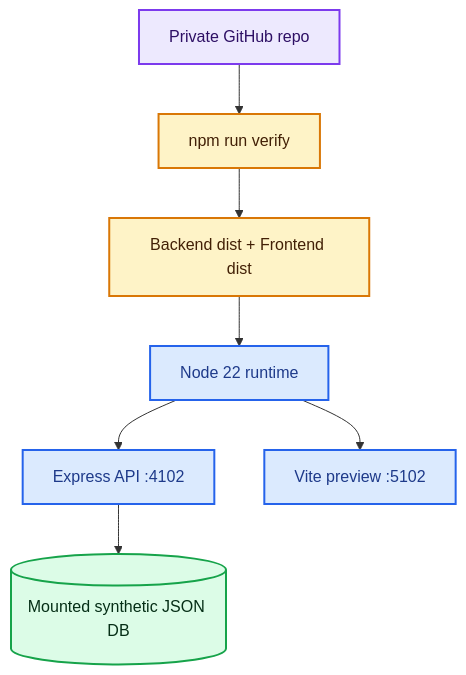
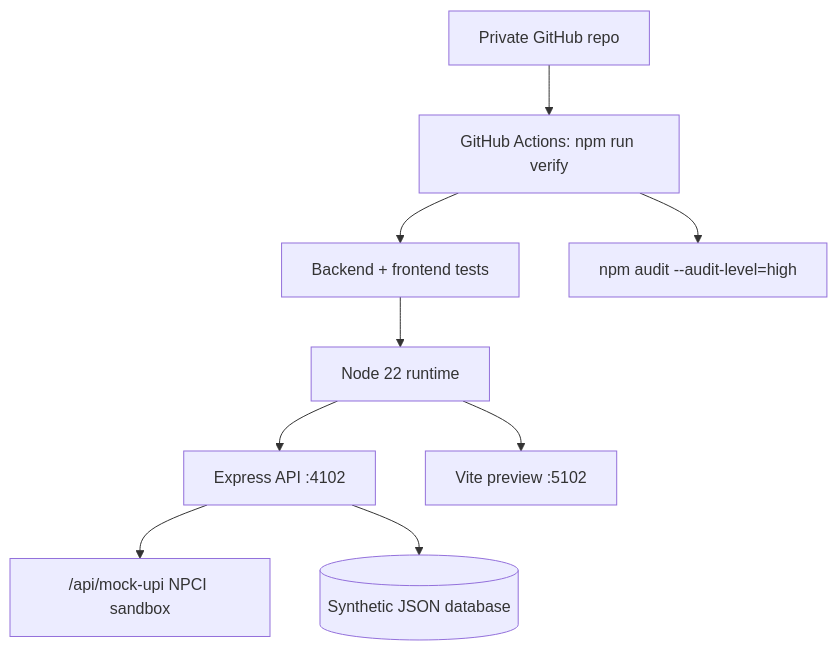
Before and after one commit to jprbom/bharat-upi-interdict: the third of 3 diagrams in docs/DIAGRAMS.md, drawn with Mermaid. The commit also changed other lines of this file and 15 other files, not shown here.

Commit message:
feat: wire working demo flows and mock UPI rail

```diff
--- a/docs/DIAGRAMS.md
+++ b/docs/DIAGRAMS.md
@@ -76,14 +50,11 @@
 ~~~mermaid
 flowchart TB
-  Repo["Private GitHub repo"]:::repo --> CI["npm run verify"]:::ci
-  CI --> Build["Backend dist + Frontend dist"]:::ci
-  Build --> Runtime["Node 22 runtime"]:::runtime
-  Runtime --> Backend["Express API :4102"]:::runtime
-  Runtime --> Frontend["Vite preview :5102"]:::runtime
-  Backend --> DB[("Mounted synthetic JSON DB")]:::data
-
-  classDef repo fill:#ede9fe,stroke:#7c3aed,stroke-width:2px,color:#2e1065
-  classDef ci fill:#fef3c7,stroke:#d97706,stroke-width:2px,color:#422006
-  classDef runtime fill:#dbeafe,stroke:#2563eb,stroke-width:2px,color:#1e3a8a
-  classDef data fill:#dcfce7,stroke:#16a34a,stroke-width:2px,color:#052e16
+  Repo["Private GitHub repo"] --> CI["GitHub Actions: npm run verify"]
+  CI --> Tests["Backend + frontend tests"]
+  CI --> Audit["npm audit --audit-level=high"]
+  Tests --> Runtime["Node 22 runtime"]
+  Runtime --> Backend["Express API :4102"]
+  Runtime --> Frontend["Vite preview :5102"]
+  Backend --> Mock["/api/mock-upi NPCI sandbox"]
+  Backend --> DB[("Synthetic JSON database")]
 ~~~
```
